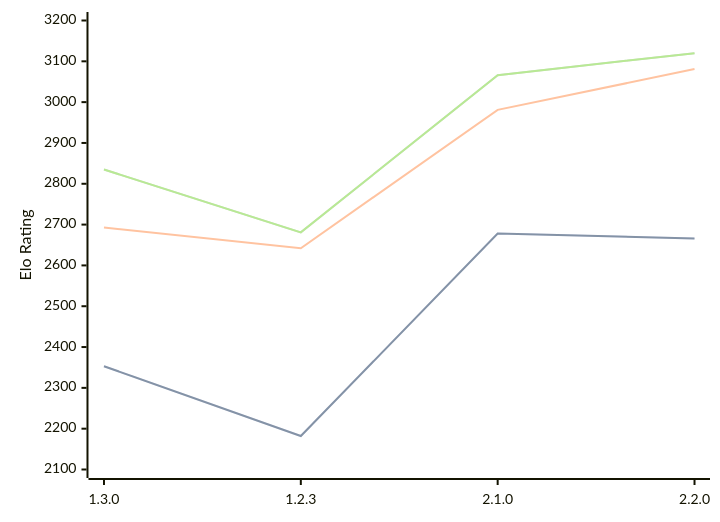
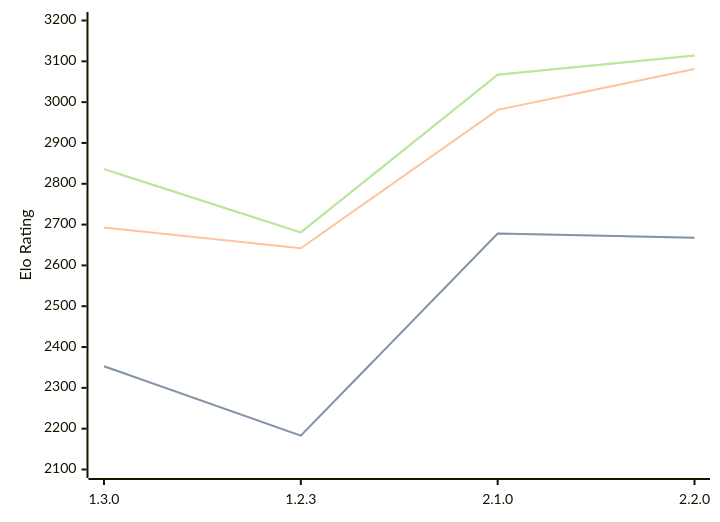
One commit to computer-chess-index/cci changed the third of 3 diagrams in engines/Aspen.md. Above: the diagram before and after it, drawn with Mermaid. The commit also changed other lines of this file, not shown here.

Commit message:
Update CCI Ratings (ELO VLTC) - 2026-07-14

````diff
--- a/engines/Aspen.md
+++ b/engines/Aspen.md
@@ -76,11 +76,11 @@
 ```mermaid
 %%{init: {"theme":"base","themeVariables":{"seriesColors:['#a3a3a3','#222221','#faa371']}}}%%
 xychart-beta
   x-axis ["1.3.0", "1.2.3", "2.1.0", "2.2.0"]
   y-axis "Elo Rating" 2100 --> 3200
-  line "STC (8.0+0.08s)" [2353, 2182, 2678, 2666]
-  line "STC (8.0+0.08s)" [2353, 2182, 2678, 2666]
+  line "STC (8.0+0.08s)" [2353, 2183, 2678, 2668]
+  line "STC (8.0+0.08s)" [2353, 2183, 2678, 2668]
   line "LTC (60.0+0.60s)" [2693, 2642, 2981, 3081]
-  line "VLTC (2m24s+1.12s)" [2835, 2681, 3066, 3120]
-  line "VLTC (2m24s+1.12s)" [2835, 2681, 3066, 3120]
+  line "VLTC (2m24s+1.12s)" [2836, 2681, 3067, 3114]
+  line "VLTC (2m24s+1.12s)" [2836, 2681, 3067, 3114]
 ```
````
